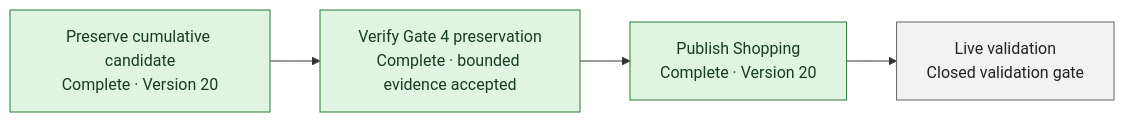
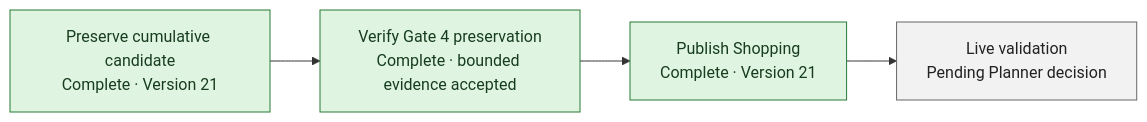
The diagram in docs/PROJECT_DASHBOARD.md (nguyenk06/book-collection-design), drawn with Mermaid before and after one commit. The commit also changed other lines of this file and 12 other files, not shown here.

````diff
--- a/docs/PROJECT_DASHBOARD.md
+++ b/docs/PROJECT_DASHBOARD.md
@@ -30,17 +30,17 @@
 ```mermaid
 flowchart LR
-    A["Preserve cumulative candidate<br/>Complete · Version 20"]
+    A["Preserve cumulative candidate<br/>Complete · Version 21"]
     B["Verify Gate 4 preservation<br/>Complete · bounded evidence accepted"]
-    C["Publish Shopping<br/>Complete · Version 20"]
-    D["Live validation<br/>Closed validation gate"]
+    C["Publish Shopping<br/>Complete · Version 21"]
+    D["Live validation<br/>Pending Planner decision"]
 
     A --> B --> C --> D
 
     classDef complete fill:#dff5e1,stroke:#297a35,color:#173d1e
     classDef partial fill:#ffe8cc,stroke:#b35a00,color:#3a2100
     classDef closed fill:#f2f2f2,stroke:#666,color:#222
     class A complete
     class B complete
     class C complete
     class D closed
 ```
````
